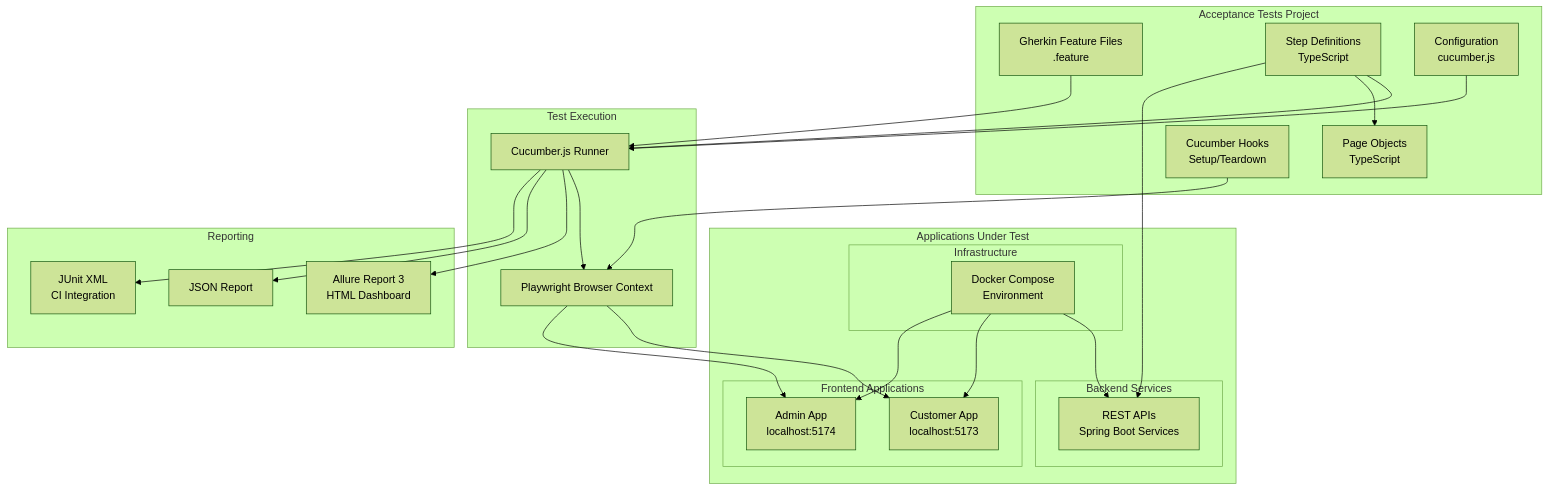
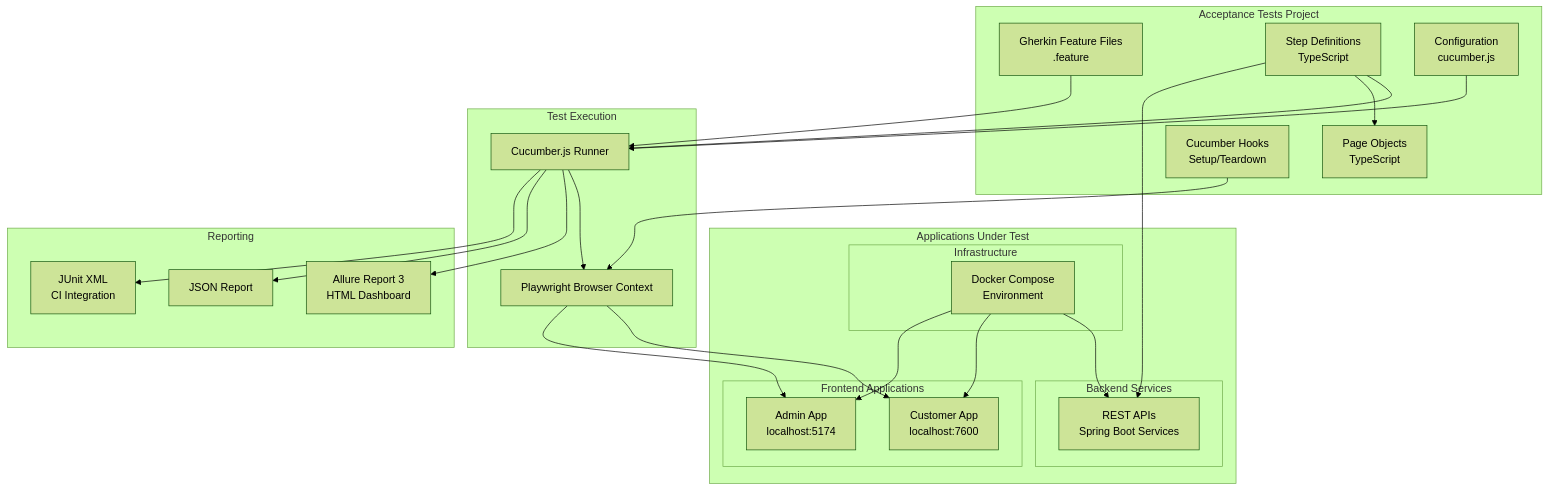
One commit to cebartling/acme-inc-2026 changed the first of 3 diagrams in documentation/user-stories/0001-acceptance-testing/README.md. Above: the diagram before and after it, drawn with Mermaid (forest theme). The commit also changed 80 other files, not shown here.

````diff
--- a/documentation/user-stories/0001-acceptance-testing/README.md
+++ b/documentation/user-stories/0001-acceptance-testing/README.md
@@ -37,56 +37,56 @@
 ```mermaid
 graph TB
     subgraph "Acceptance Tests Project"
         FEATURES[Gherkin Feature Files<br/>.feature]
         STEPS[Step Definitions<br/>TypeScript]
         PAGES[Page Objects<br/>TypeScript]
         HOOKS[Cucumber Hooks<br/>Setup/Teardown]
         CONFIG[Configuration<br/>cucumber.js]
     end
 
     subgraph "Test Execution"
         CUCUMBER[Cucumber.js Runner]
         PLAYWRIGHT[Playwright Browser Context]
     end
 
     subgraph "Applications Under Test"
         subgraph "Frontend Applications"
-            CUSTOMER[Customer App<br/>localhost:5173]
+            CUSTOMER[Customer App<br/>localhost:7600]
             ADMIN[Admin App<br/>localhost:5174]
         end
 
         subgraph "Backend Services"
             API[REST APIs<br/>Spring Boot Services]
         end
 
         subgraph "Infrastructure"
             DOCKER[Docker Compose<br/>Environment]
         end
     end
 
     subgraph "Reporting"
         ALLURE[Allure Report 3<br/>HTML Dashboard]
         JSON[JSON Report]
         JUNIT[JUnit XML<br/>CI Integration]
     end
 
     FEATURES --> CUCUMBER
     STEPS --> CUCUMBER
     CONFIG --> CUCUMBER
 
     CUCUMBER --> PLAYWRIGHT
     STEPS --> PAGES
     HOOKS --> PLAYWRIGHT
 
     PLAYWRIGHT --> CUSTOMER
     PLAYWRIGHT --> ADMIN
     STEPS --> API
 
     DOCKER --> API
     DOCKER --> CUSTOMER
     DOCKER --> ADMIN
 
     CUCUMBER --> ALLURE
     CUCUMBER --> JSON
     CUCUMBER --> JUNIT
 ```
````
